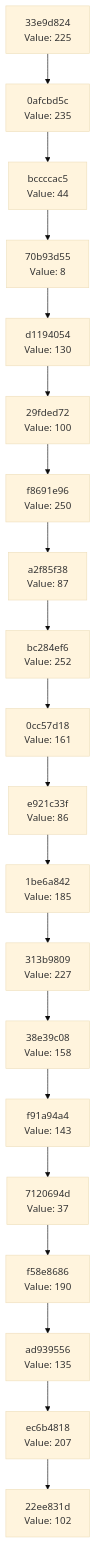
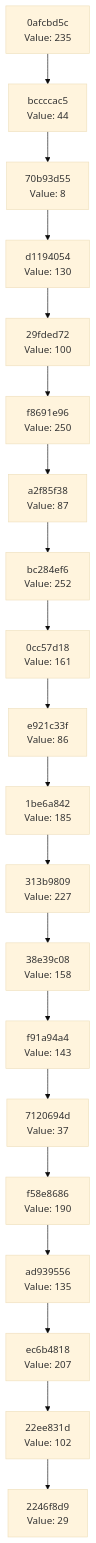
The diagram in docs/CHAIN_VISUALIZATION.md (Abhisheksinha1506/hash-chain-evolver), drawn with Mermaid (base theme) before and after one commit. The commit also changed 2 other files, not shown here.

Commit message:
Evolution Step

````diff
--- a/docs/CHAIN_VISUALIZATION.md
+++ b/docs/CHAIN_VISUALIZATION.md
@@ -3,42 +3,42 @@
 ```mermaid
 graph TD
-    C0["22ee831d<br/>Value: 102"]
-    C1["ec6b4818<br/>Value: 207"]
+    C0["2246f8d9<br/>Value: 29"]
+    C1["22ee831d<br/>Value: 102"]
     C1 --> C0
-    C2["ad939556<br/>Value: 135"]
+    C2["ec6b4818<br/>Value: 207"]
     C2 --> C1
-    C3["f58e8686<br/>Value: 190"]
+    C3["ad939556<br/>Value: 135"]
     C3 --> C2
-    C4["7120694d<br/>Value: 37"]
+    C4["f58e8686<br/>Value: 190"]
     C4 --> C3
-    C5["f91a94a4<br/>Value: 143"]
+    C5["7120694d<br/>Value: 37"]
     C5 --> C4
-    C6["38e39c08<br/>Value: 158"]
+    C6["f91a94a4<br/>Value: 143"]
     C6 --> C5
-    C7["313b9809<br/>Value: 227"]
+    C7["38e39c08<br/>Value: 158"]
     C7 --> C6
-    C8["1be6a842<br/>Value: 185"]
+    C8["313b9809<br/>Value: 227"]
     C8 --> C7
-    C9["e921c33f<br/>Value: 86"]
+    C9["1be6a842<br/>Value: 185"]
     C9 --> C8
-    C10["0cc57d18<br/>Value: 161"]
+    C10["e921c33f<br/>Value: 86"]
     C10 --> C9
-    C11["bc284ef6<br/>Value: 252"]
+    C11["0cc57d18<br/>Value: 161"]
     C11 --> C10
-    C12["a2f85f38<br/>Value: 87"]
+    C12["bc284ef6<br/>Value: 252"]
     C12 --> C11
-    C13["f8691e96<br/>Value: 250"]
+    C13["a2f85f38<br/>Value: 87"]
     C13 --> C12
-    C14["29fded72<br/>Value: 100"]
+    C14["f8691e96<br/>Value: 250"]
     C14 --> C13
-    C15["d1194054<br/>Value: 130"]
+    C15["29fded72<br/>Value: 100"]
     C15 --> C14
-    C16["70b93d55<br/>Value: 8"]
+    C16["d1194054<br/>Value: 130"]
     C16 --> C15
-    C17["bccccac5<br/>Value: 44"]
+    C17["70b93d55<br/>Value: 8"]
     C17 --> C16
-    C18["0afcbd5c<br/>Value: 235"]
+    C18["bccccac5<br/>Value: 44"]
     C18 --> C17
-    C19["33e9d824<br/>Value: 225"]
+    C19["0afcbd5c<br/>Value: 235"]
     C19 --> C18
 ```
````
